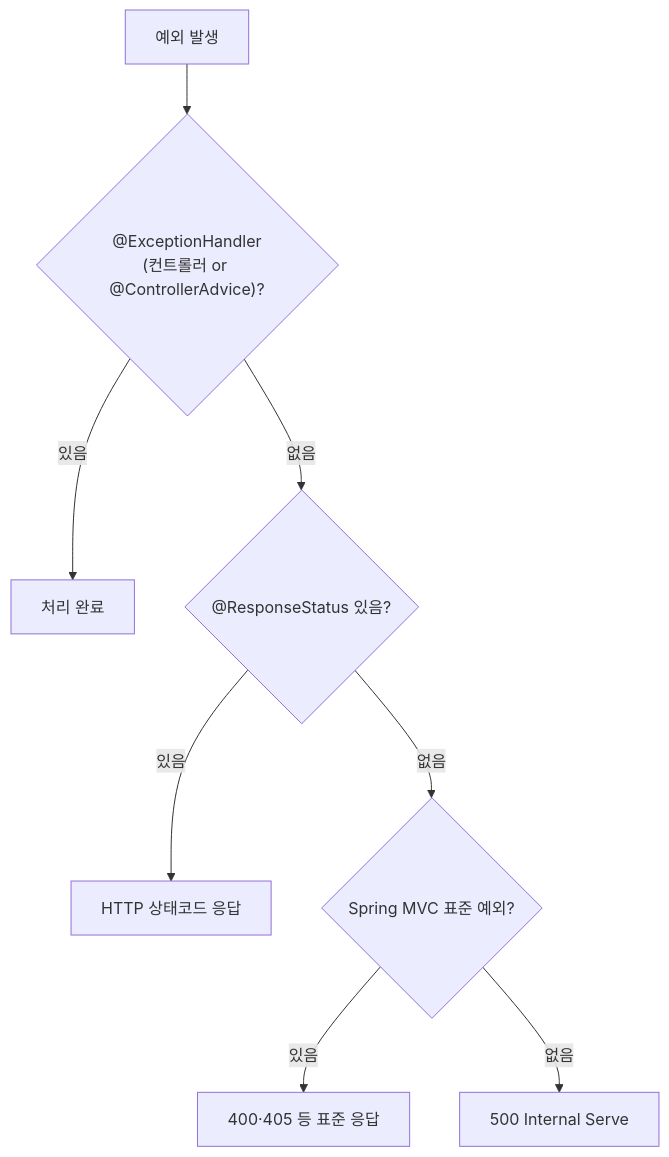
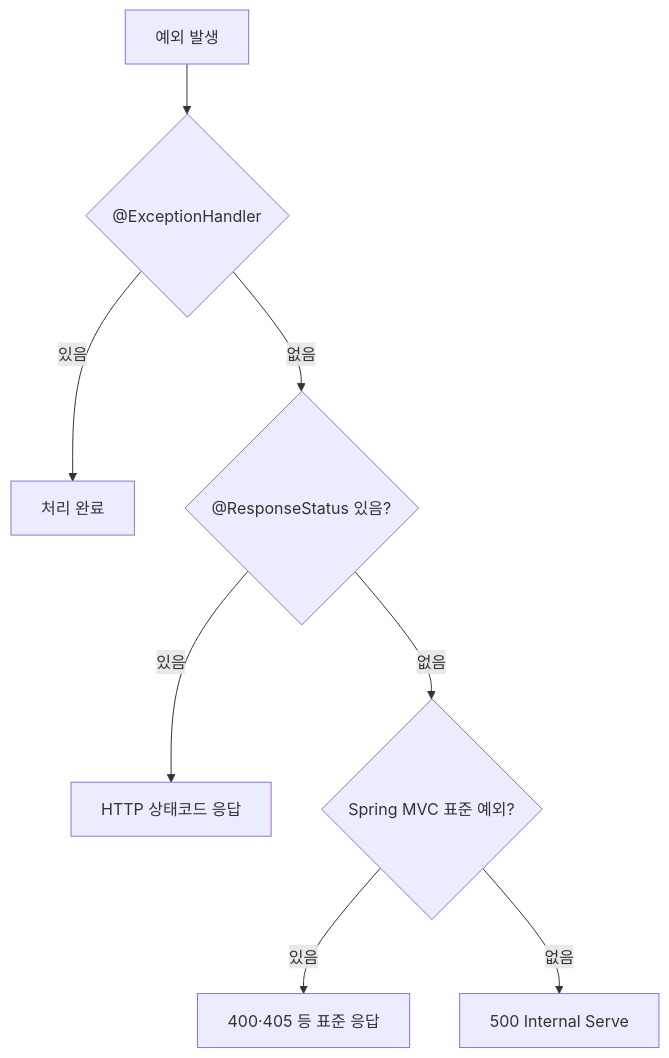
The eighth of 14 diagrams in _posts/spring/2026-05-02-spring-mvc-deep.md (yjkim2015/yjkim2015.github.io), drawn with Mermaid before and after one commit. The commit also changed other lines of this file and 217 other files, not shown here.

First line of the commit message:
Mermaid 크기 수정: useMaxWidth:true + SVG max-width:100% + 라벨 축소

````diff
--- a/_posts/spring/2026-05-02-spring-mvc-deep.md
+++ b/_posts/spring/2026-05-02-spring-mvc-deep.md
@@ -560,10 +560,10 @@
 ```mermaid
 flowchart TD
-    A["예외 발생"] --> B{"@ExceptionHandler\n(컨트롤러 or @ControllerAdvice)?"}
+    A["예외 발생"] --> B{"@ExceptionHandler"}
     B -->|"있음"| C["처리 완료"]
     B -->|"없음"| D{"@ResponseStatus 있음?"}
     D -->|"있음"| E["HTTP 상태코드 응답"]
     D -->|"없음"| F{"Spring MVC 표준 예외?"}
     F -->|"있음"| G["400·405 등 표준 응답"]
     F -->|"없음"| H["500 Internal Serve"]
 ```
````
